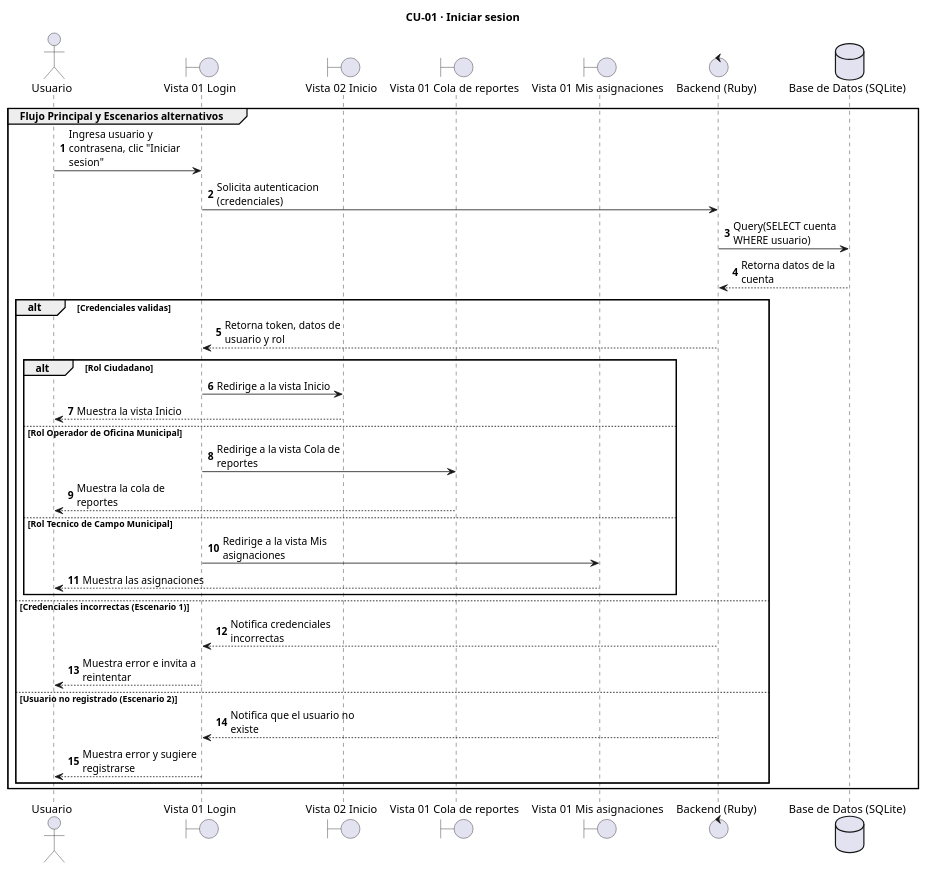
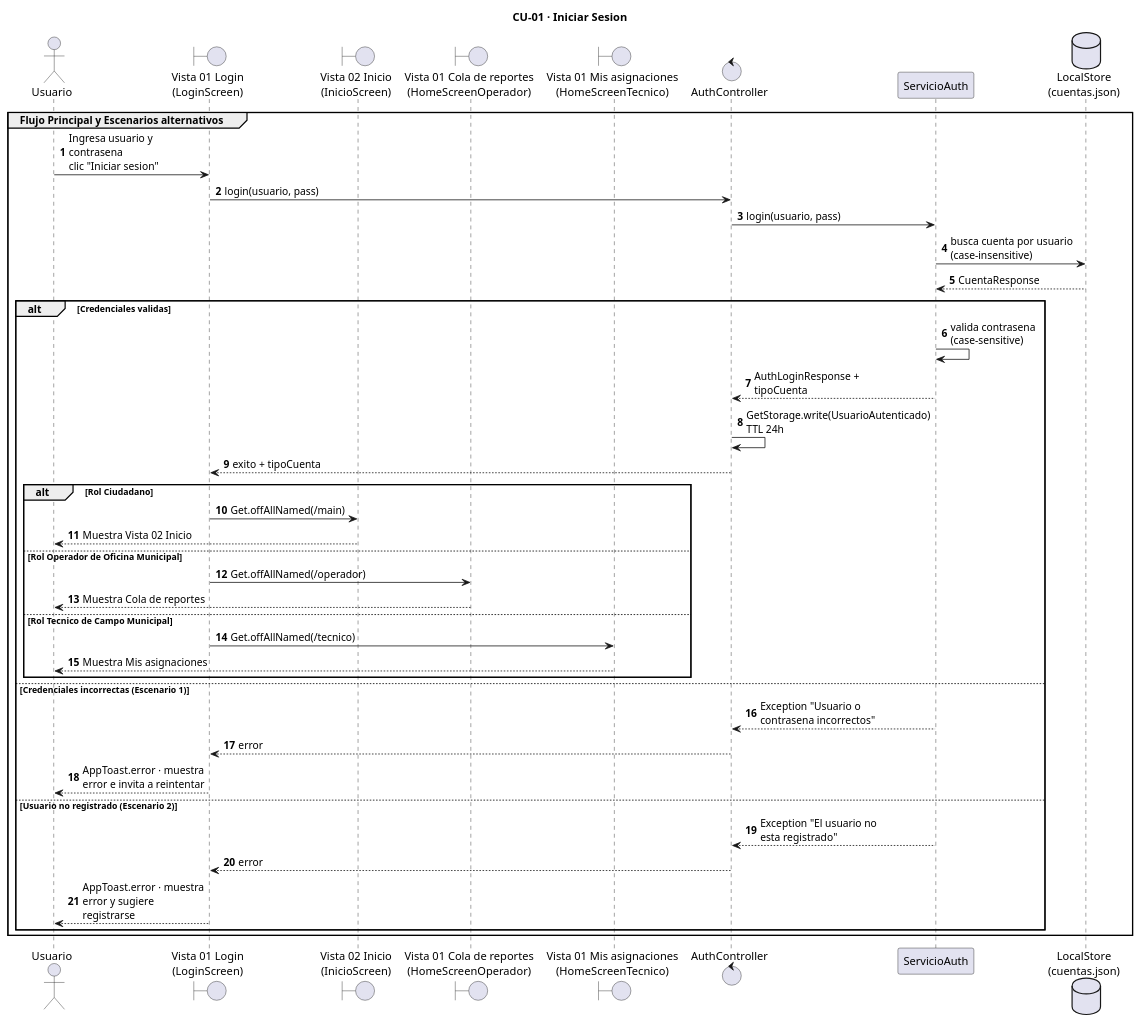
One commit to jeffangeloss/ReportaYA-Front changed the diagram in docs/diagrams/CU-01_IniciarSesion_seq.puml. Above: the diagram before and after it, drawn with PlantUML. The commit also changed 8 other files, not shown here.

Commit message:
diagramas

```diff
--- a/docs/diagrams/CU-01_IniciarSesion_seq.puml
+++ b/docs/diagrams/CU-01_IniciarSesion_seq.puml
@@ -1,39 +1,47 @@
 @startuml
-title CU-01 · Iniciar sesion
+title CU-01 · Iniciar Sesion
 skinparam maxMessageSize 160
 autonumber
+
 actor Usuario
-boundary "Vista 01 Login" as V1
-boundary "Vista 02 Inicio" as V2
-boundary "Vista 01 Cola de reportes" as VC
-boundary "Vista 01 Mis asignaciones" as VM
-control "Backend (Ruby)" as Backend
-database "Base de Datos (SQLite)" as DB
+boundary "Vista 01 Login\n(LoginScreen)" as V1
+boundary "Vista 02 Inicio\n(InicioScreen)" as V2
+boundary "Vista 01 Cola de reportes\n(HomeScreenOperador)" as VC
+boundary "Vista 01 Mis asignaciones\n(HomeScreenTecnico)" as VM
+control "AuthController" as AuthCtrl
+participant "ServicioAuth" as SvcAuth
+database "LocalStore\n(cuentas.json)" as DB
 
 group Flujo Principal y Escenarios alternativos
-    Usuario -> V1: Ingresa usuario y contrasena, clic "Iniciar sesion"
-    V1 -> Backend: Solicita autenticacion (credenciales)
-    Backend -> DB: Query(SELECT cuenta WHERE usuario)
-    DB --> Backend: Retorna datos de la cuenta
+    Usuario -> V1: Ingresa usuario y contrasena\nclic "Iniciar sesion"
+    V1 -> AuthCtrl: login(usuario, pass)
+    AuthCtrl -> SvcAuth: login(usuario, pass)
+    SvcAuth -> DB: busca cuenta por usuario\n(case-insensitive)
+    DB --> SvcAuth: CuentaResponse
 
     alt Credenciales validas
-        Backend --> V1: Retorna token, datos de usuario y rol
+        SvcAuth -> SvcAuth: valida contrasena (case-sensitive)
+        SvcAuth --> AuthCtrl: AuthLoginResponse + tipoCuenta
+        AuthCtrl -> AuthCtrl: GetStorage.write(UsuarioAutenticado)\nTTL 24h
+        AuthCtrl --> V1: exito + tipoCuenta
         alt Rol Ciudadano
-            V1 -> V2: Redirige a la vista Inicio
-            V2 --> Usuario: Muestra la vista Inicio
+            V1 -> V2: Get.offAllNamed(/main)
+            V2 --> Usuario: Muestra Vista 02 Inicio
         else Rol Operador de Oficina Municipal
-            V1 -> VC: Redirige a la vista Cola de reportes
-            VC --> Usuario: Muestra la cola de reportes
+            V1 -> VC: Get.offAllNamed(/operador)
+            VC --> Usuario: Muestra Cola de reportes
         else Rol Tecnico de Campo Municipal
-            V1 -> VM: Redirige a la vista Mis asignaciones
-            VM --> Usuario: Muestra las asignaciones
+            V1 -> VM: Get.offAllNamed(/tecnico)
+            VM --> Usuario: Muestra Mis asignaciones
         end
     else Credenciales incorrectas (Escenario 1)
-        Backend --> V1: Notifica credenciales incorrectas
-        V1 --> Usuario: Muestra error e invita a reintentar
+        SvcAuth --> AuthCtrl: Exception "Usuario o contrasena incorrectos"
+        AuthCtrl --> V1: error
+        V1 --> Usuario: AppToast.error · muestra error e invita a reintentar
     else Usuario no registrado (Escenario 2)
-        Backend --> V1: Notifica que el usuario no existe
-        V1 --> Usuario: Muestra error y sugiere registrarse
+        SvcAuth --> AuthCtrl: Exception "El usuario no esta registrado"
+        AuthCtrl --> V1: error
+        V1 --> Usuario: AppToast.error · muestra error y sugiere registrarse
     end
 end
 @enduml
```
